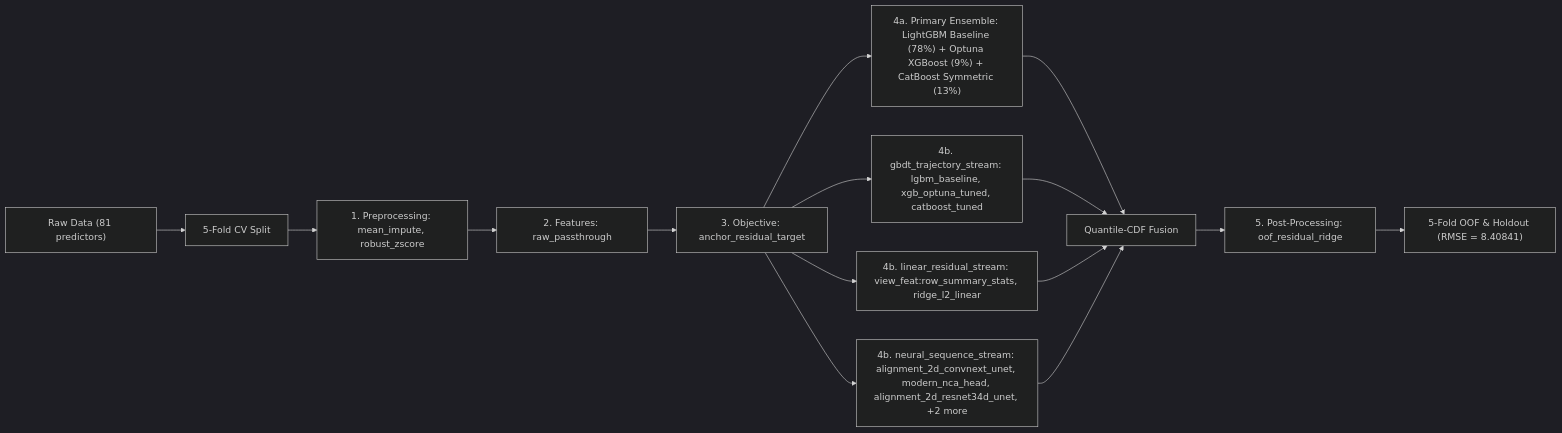
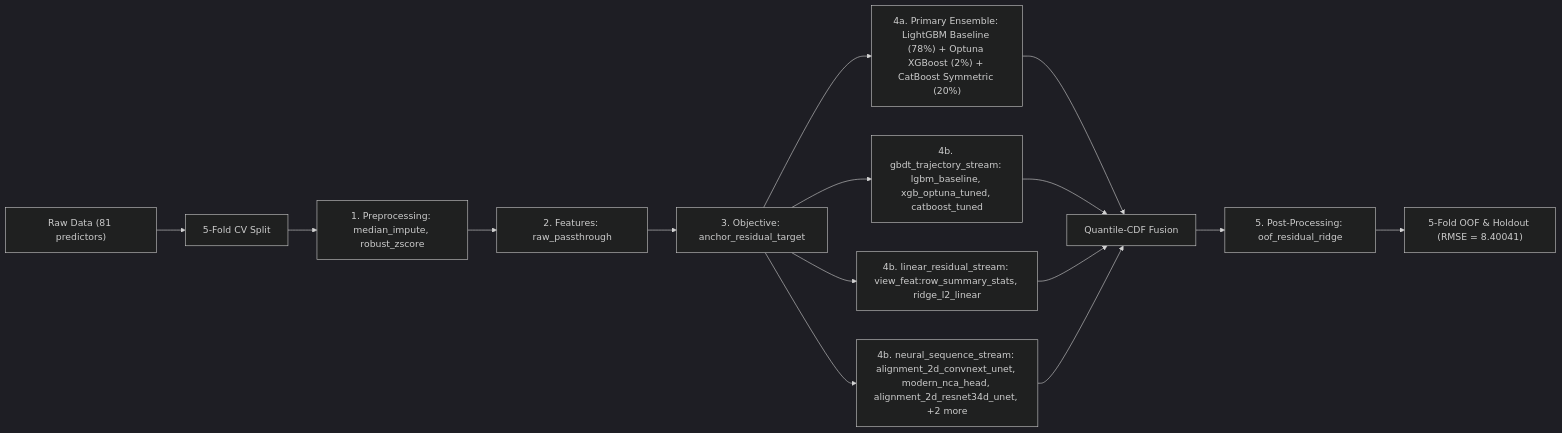
One commit to stefanoclss/ROGII-Wellbore-Geology-Prediction changed the diagram in README.md. Above: the diagram before and after it, drawn with Mermaid (dark theme). The commit also changed other lines of this file, not shown here.

First line of the commit message:
docs(readme): refresh verified OOF benchmark & build ledger (RMSE=8.40041)

````diff
--- a/README.md
+++ b/README.md
@@ -78,17 +79,17 @@
 ```mermaid
 flowchart LR
     DATA["Raw Data (81 predictors)"] --> SPLIT["5-Fold CV Split"]
-    SPLIT --> PRE["1. Preprocessing: mean_impute, robust_zscore"]
+    SPLIT --> PRE["1. Preprocessing: median_impute, robust_zscore"]
     PRE --> FEAT["2. Features: raw_passthrough"]
     FEAT --> OBJ["3. Objective: anchor_residual_target"]
-    OBJ --> M0["4a. Primary Ensemble: LightGBM Baseline (78%) + Optuna XGBoost (9%) + CatBoost Symmetric (13%)"]
+    OBJ --> M0["4a. Primary Ensemble: LightGBM Baseline (78%) + Optuna XGBoost (2%) + CatBoost Symmetric (20%)"]
     M0 --> FUSE["Quantile-CDF Fusion"]
     OBJ --> S1["4b. gbdt_trajectory_stream: lgbm_baseline, xgb_optuna_tuned, catboost_tuned"]
     S1 --> FUSE
     OBJ --> S2["4b. linear_residual_stream: view_feat:row_summary_stats, ridge_l2_linear"]
     S2 --> FUSE
     OBJ --> S3["4b. neural_sequence_stream: alignment_2d_convnext_unet, modern_nca_head, alignment_2d_resnet34d_unet, +2 more"]
     S3 --> FUSE
     FUSE --> POST["5. Post-Processing: oof_residual_ridge"]
-    POST --> OUT["5-Fold OOF & Holdout (RMSE = 8.40841)"]
+    POST --> OUT["5-Fold OOF & Holdout (RMSE = 8.40041)"]
 ```
````
